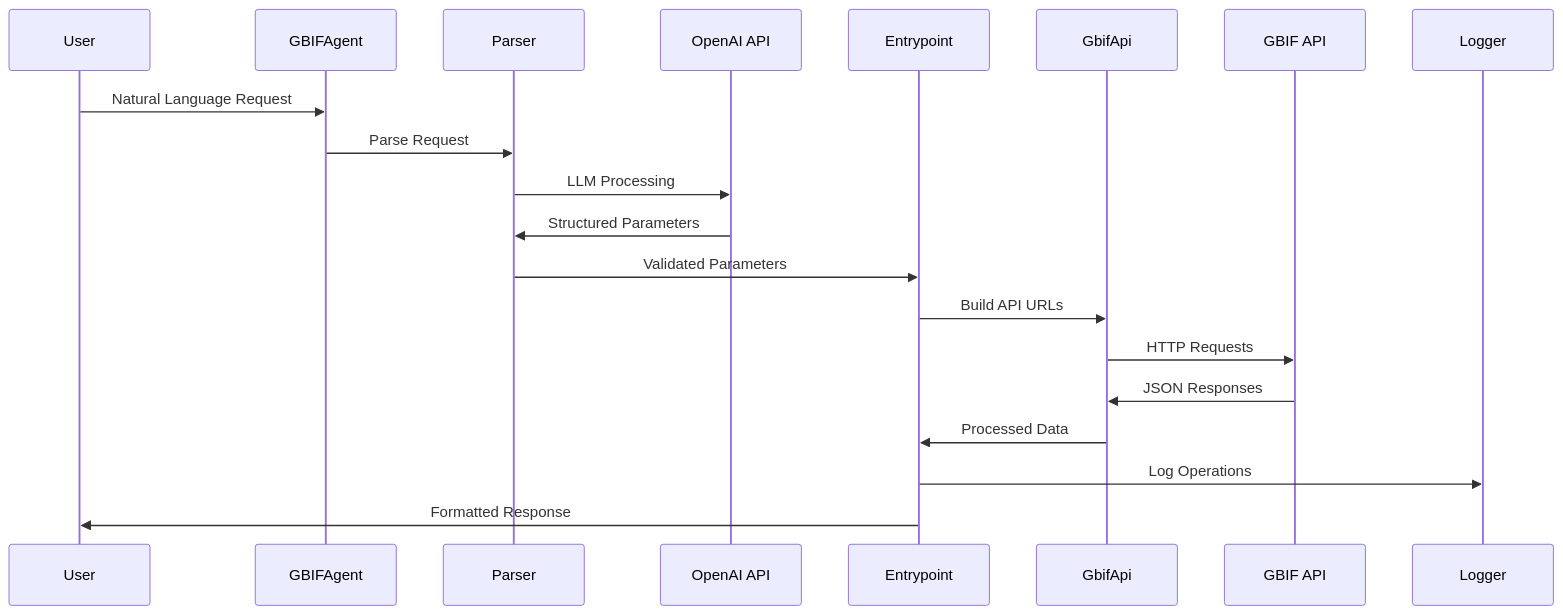
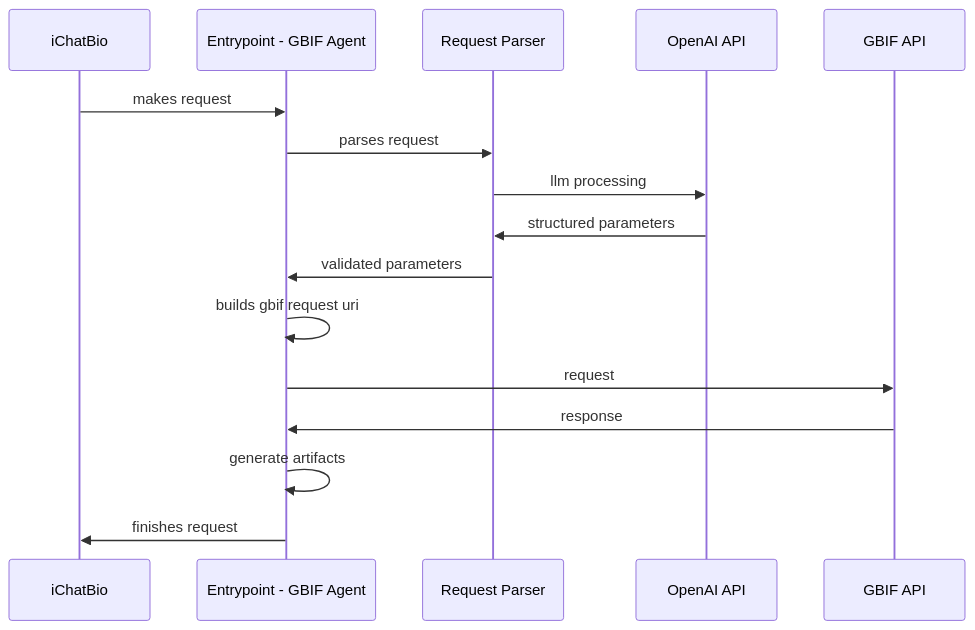
The diagram in README.md (nitingoyal0996/gbif), drawn with Mermaid before and after one commit. The commit also changed other lines of this file, not shown here.

Commit message:
Update high level diagram of GBIF agent function

````diff
--- a/README.md
+++ b/README.md
@@ -5,23 +6,19 @@
 ```mermaid
 sequenceDiagram
-    participant U as User
-    participant A as GBIFAgent
-    participant P as Parser
-    participant O as OpenAI API
-    participant E as Entrypoint
-    participant G as GbifApi
-    participant GB as GBIF API
-    participant L as Logger
+    participant u as iChatBio
+    participant e as Entrypoint - GBIF Agent
+    participant p as Request Parser
+    participant o as OpenAI API
+    participant gb as GBIF API
 
-    U->>A: Natural Language Request
-    A->>P: Parse Request
-    P->>O: LLM Processing
-    O->>P: Structured Parameters
-    P->>E: Validated Parameters
-    E->>G: Build API URLs
-    G->>GB: HTTP Requests
-    GB->>G: JSON Responses
-    G->>E: Processed Data
-    E->>L: Log Operations
-    E->>U: Formatted Response
+    u->>e: makes request
+    e->>p: parses request
+    p->>o: llm processing
+    o->>p: structured parameters
+    p->>e: validated parameters
+    e->>e: builds gbif request uri
+    e->>gb: request
+    gb->>e: response
+    e->>e: generate artifacts
+    e->>u: finishes request
 ```
````
